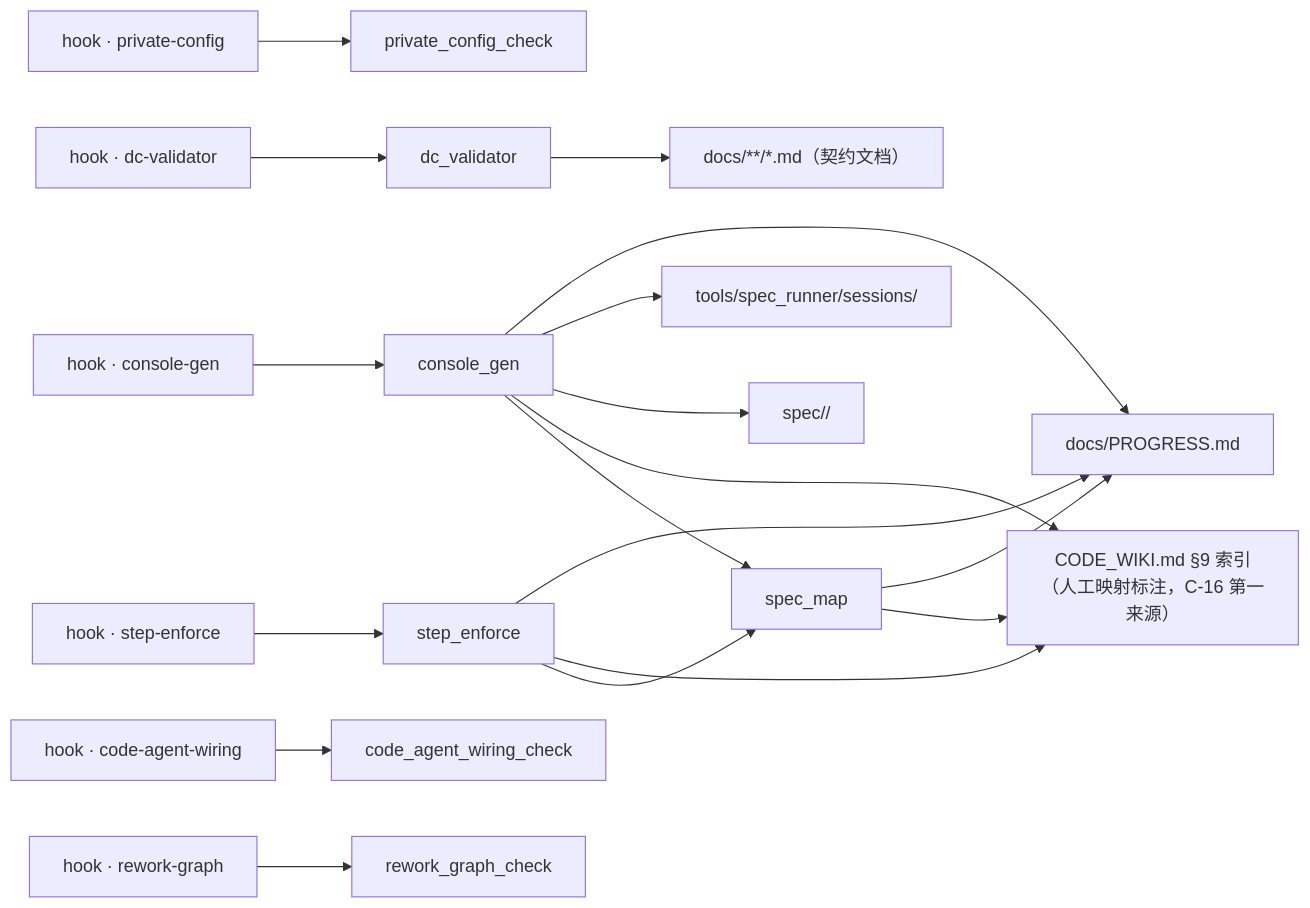
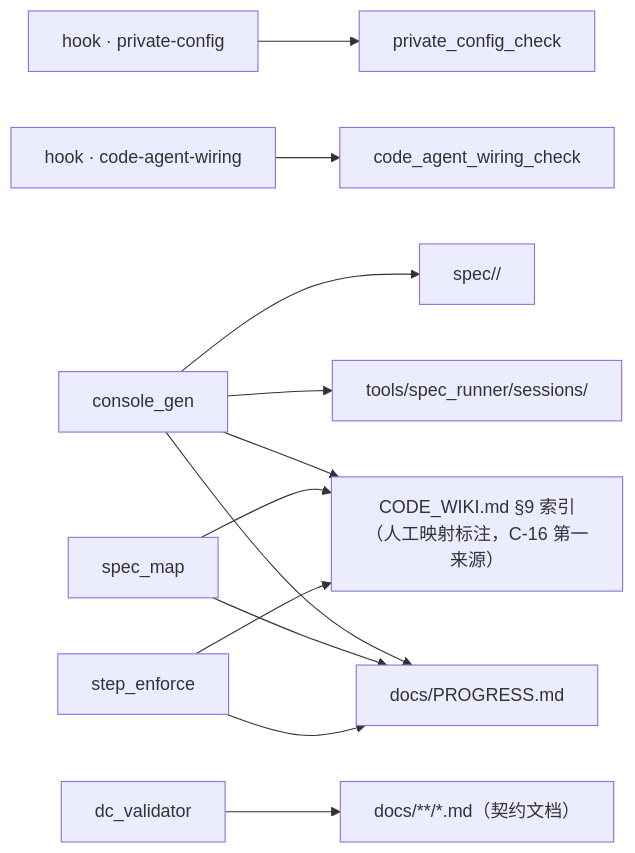
The second of 22 diagrams in docs/CONSOLE.md (StormstoutLau/AutoResearchClaw), drawn with Mermaid before and after one commit. The commit also changed other lines of this file and 29 other files, not shown here.

````diff
--- a/docs/CONSOLE.md
+++ b/docs/CONSOLE.md
@@ -68,20 +69,14 @@
 ```mermaid
 flowchart LR
     H_private_config["hook · private-config"] --> private_config_check[private_config_check]
-    H_dc_validator["hook · dc-validator"] --> dc_validator[dc_validator]
-    H_step_enforce["hook · step-enforce"] --> step_enforce[step_enforce]
-    H_console_gen["hook · console-gen"] --> console_gen[console_gen]
     H_code_agent_wiring["hook · code-agent-wiring"] --> code_agent_wiring_check[code_agent_wiring_check]
-    H_rework_graph["hook · rework-graph"] --> rework_graph_check[rework_graph_check]
     console_gen[console_gen] --> TS_progress["docs/PROGRESS.md"]
     console_gen[console_gen] --> TS_sessions["tools/spec_runner/sessions/"]
     console_gen[console_gen] --> TS_spec["spec/<feature>/"]
     console_gen[console_gen] --> TS_wiki["CODE_WIKI.md §9 索引（人工映射标注，C-16 第一来源）"]
     dc_validator[dc_validator] --> TS_md["docs/**/*.md（契约文档）"]
     spec_map[spec_map] --> TS_progress["docs/PROGRESS.md"]
     spec_map[spec_map] --> TS_wiki["CODE_WIKI.md §9 索引（人工映射标注，C-16 第一来源）"]
     step_enforce[step_enforce] --> TS_progress["docs/PROGRESS.md"]
     step_enforce[step_enforce] --> TS_wiki["CODE_WIKI.md §9 索引（人工映射标注，C-16 第一来源）"]
-    console_gen --> spec_map
-    step_enforce --> spec_map
 ```
````
